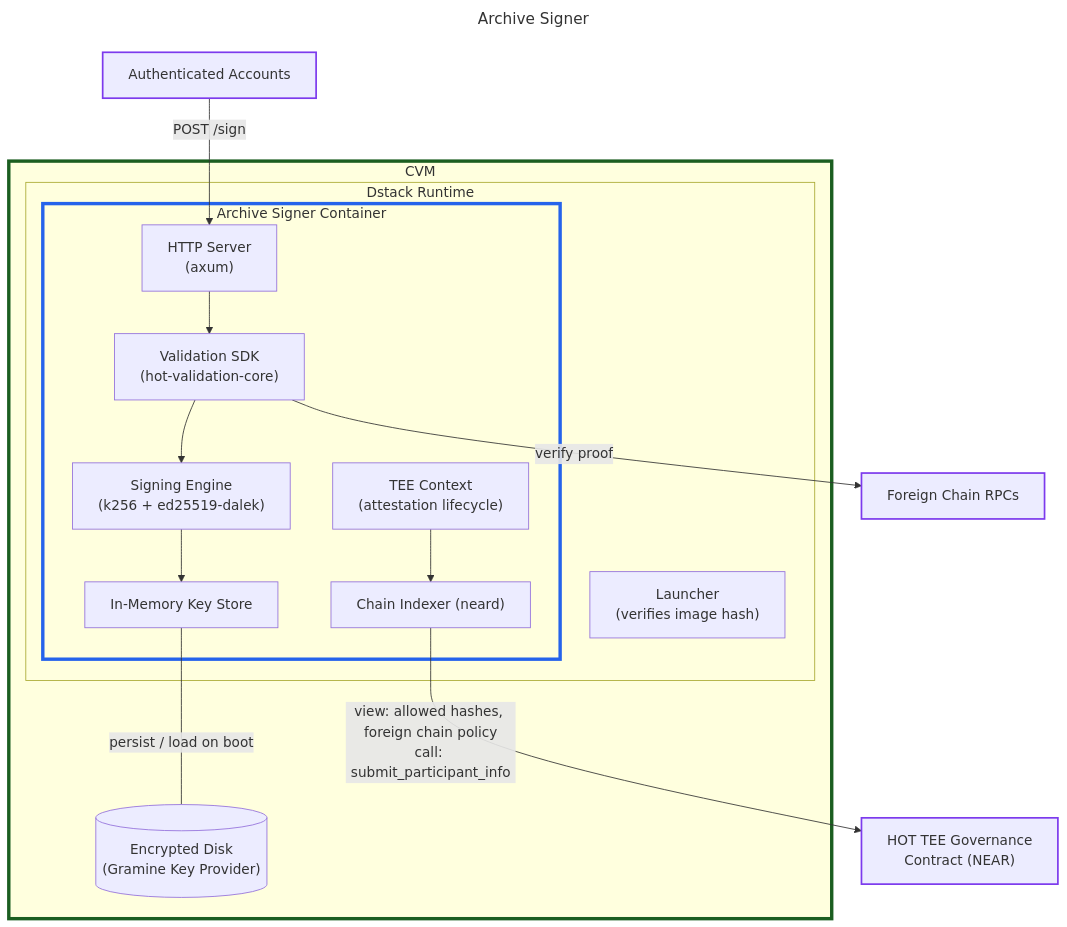
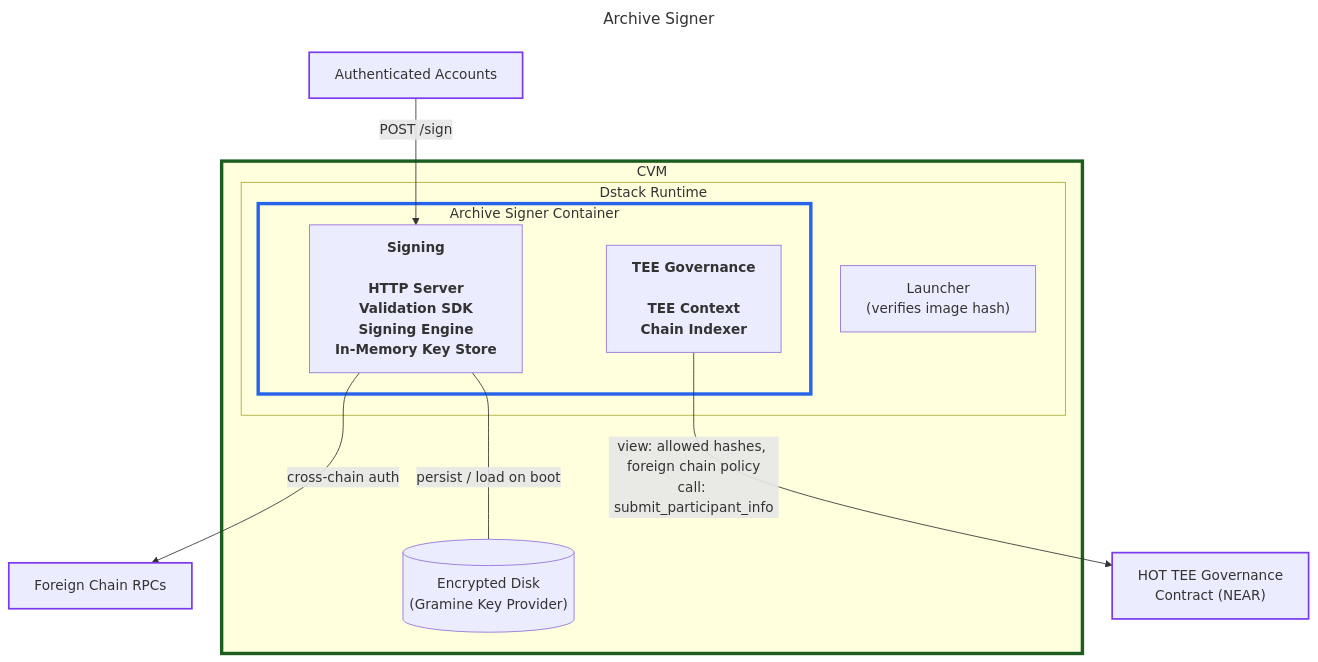
Before and after one commit to near/mpc: the first of 3 diagrams in docs/hot-tee-signing-design.md, drawn with Mermaid. The commit also changed 1 other file, not shown here.

Commit message:
docs: restructure Archive Signer diagram as component diagram
Addresses: https://github.com/near/mpc/pull/2204#discussion_r2839227477

````diff
--- a/docs/hot-tee-signing-design.md
+++ b/docs/hot-tee-signing-design.md
@@ -74,45 +74,46 @@
 ```mermaid
 ---
 title: Archive Signer
 ---
 flowchart TB
 
 subgraph CVM["CVM"]
     subgraph DSTACK["Dstack Runtime"]
         LAUNCHER["Launcher<br/>(verifies image hash)"]
         subgraph HOT_APP["Archive Signer Container"]
-            HTTP["HTTP Server<br/>(axum)"]
-            VALIDATION["Validation SDK<br/>(hot-validation-core)"]
-            SIGNER["Signing Engine<br/>(k256 + ed25519-dalek)"]
-            KEYSTORE["In-Memory Key Store"]
-            TEE_CTX["TEE Context<br/>(attestation lifecycle)"]
-            INDEXER["Chain Indexer (neard)"]
+            SIGNING[
+            <b>Signing</b><br/>
+            <b>HTTP Server</b>
+            <b>Validation SDK</b>
+            <b>Signing Engine</b>
+            <b>In-Memory Key Store</b>
+            ]
+            TEE_GOV[
+            <b>TEE Governance</b><br/>
+            <b>TEE Context</b>
+            <b>Chain Indexer</b>
+            ]
         end
     end
     DISK[("Encrypted Disk<br/>(Gramine Key Provider)")]
 end
 
 CLIENT["Authenticated Accounts"]
 HOT_CONTRACT["HOT TEE Governance<br/>Contract (NEAR)"]
 RPC["Foreign Chain RPCs"]
 
-CLIENT -->|"POST /sign"| HTTP
-HTTP --> VALIDATION
-VALIDATION -->|"verify proof"| RPC
-VALIDATION --> SIGNER
-SIGNER --> KEYSTORE
-KEYSTORE ---|"persist / load on boot"| DISK
-
-TEE_CTX --> INDEXER
-INDEXER -->|"view: allowed hashes, foreign chain policy<br/>call: submit_participant_info"| HOT_CONTRACT
+CLIENT -->|"POST /sign"| SIGNING
+SIGNING -->|"cross-chain auth"| RPC
+SIGNING ---|"persist / load on boot"| DISK
+TEE_GOV -->|"view: allowed hashes, foreign chain policy<br/>call: submit_participant_info"| HOT_CONTRACT
 
 classDef cvm stroke:#1b5e20,stroke-width:4px;
 classDef app stroke:#2563eb,stroke-width:4px;
 classDef ext stroke:#7c3aed,stroke-width:2px;
 
 class CVM cvm;
 class HOT_APP app;
 class HOT_CONTRACT ext;
 class CLIENT ext;
 class RPC ext;
 ```
````
